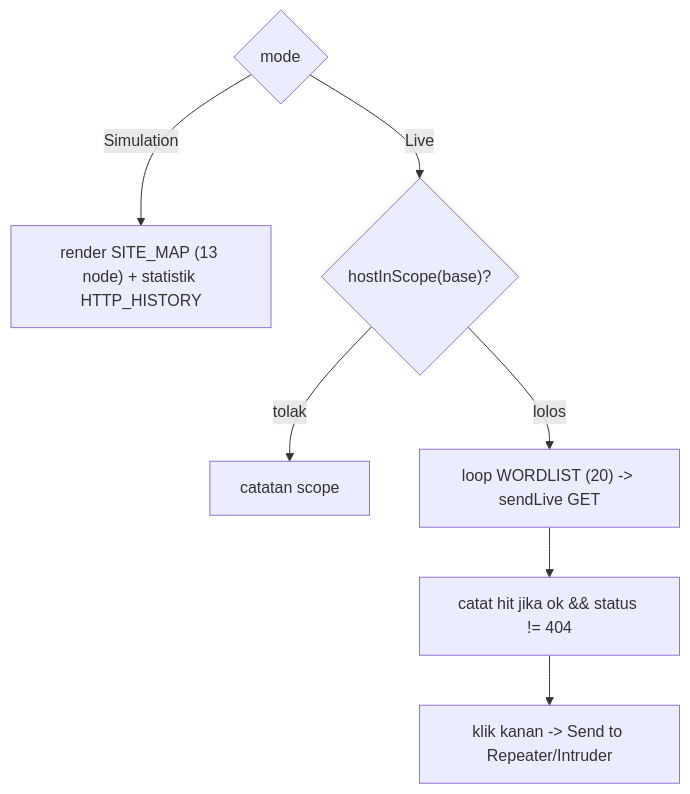
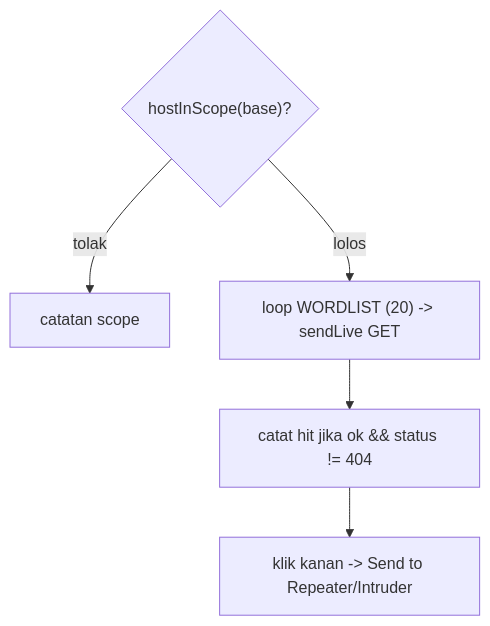
The diagram in docs/024_target-discovery.md (AlatBekam/Interu), drawn with Mermaid before and after one commit. The commit also changed other lines of this file and 23 other files, not shown here.

````diff
--- a/docs/024_target-discovery.md
+++ b/docs/024_target-discovery.md
@@ -20,10 +19,8 @@
 ```mermaid
 flowchart TD
-  MODE{"mode"}
-  MODE -->|"Simulation"| SM["render SITE_MAP (13 node) + statistik HTTP_HISTORY"]
-  MODE -->|"Live"| G{"hostInScope(base)?"}
+  G{"hostInScope(base)?"}
   G -->|"tolak"| N["catatan scope"]
   G -->|"lolos"| W["loop WORDLIST (20) -> sendLive GET"]
   W --> H["catat hit jika ok && status != 404"]
   H --> CTX["klik kanan -> Send to Repeater/Intruder"]
 ```
````
